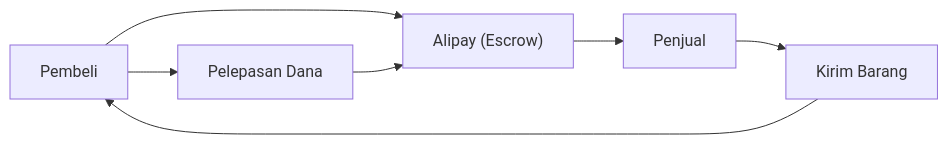
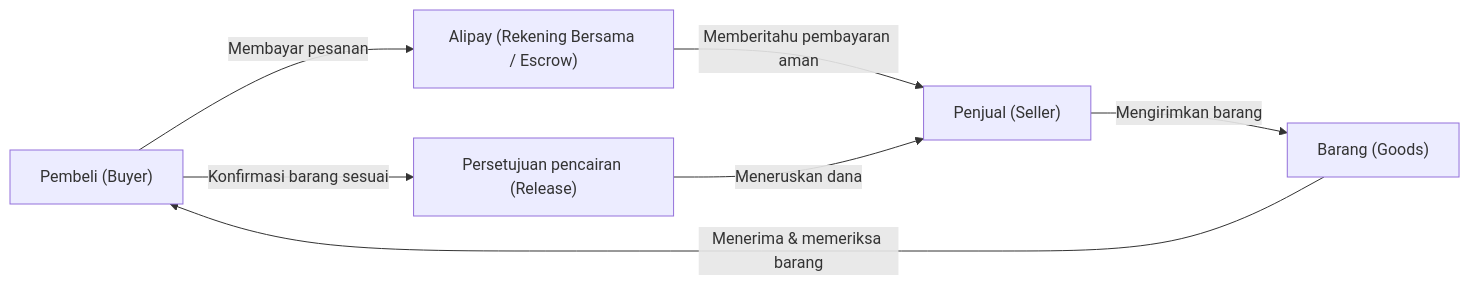
One commit to kenjinote/blog changed the diagram in content/post/history-of-alibaba/index.id.md. Above: the diagram before and after it, drawn with Mermaid. The commit also changed other lines of this file and 219 other files, not shown here.

````diff
--- a/content/post/history-of-alibaba/index.id.md
+++ b/content/post/history-of-alibaba/index.id.md
@@ -24,9 +46,9 @@
 ```mermaid
 flowchart LR
-    Buyer["Pembeli"] --> Alipay["Alipay (Escrow)"]
-    Alipay --> Seller["Penjual"]
-    Seller --> Goods["Kirim Barang"]
-    Goods --> Buyer
-    Buyer --> Release["Pelepasan Dana"]
-    Release --> Alipay
+    Buyer["Pembeli (Buyer)"] -->|Membayar pesanan| Alipay["Alipay (Rekening Bersama / Escrow)"]
+    Alipay -->|Memberitahu pembayaran aman| Seller["Penjual (Seller)"]
+    Seller -->|Mengirimkan barang| Goods["Barang (Goods)"]
+    Goods -->|Menerima & memeriksa barang| Buyer
+    Buyer -->|Konfirmasi barang sesuai| Release["Persetujuan pencairan (Release)"]
+    Release -->|Meneruskan dana| Seller
 ```
````
